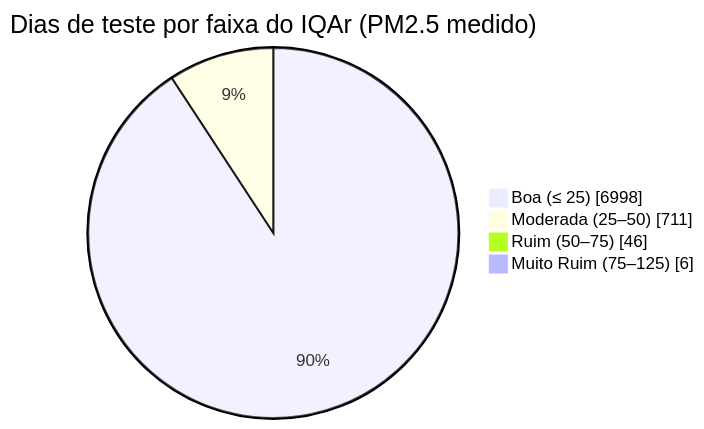
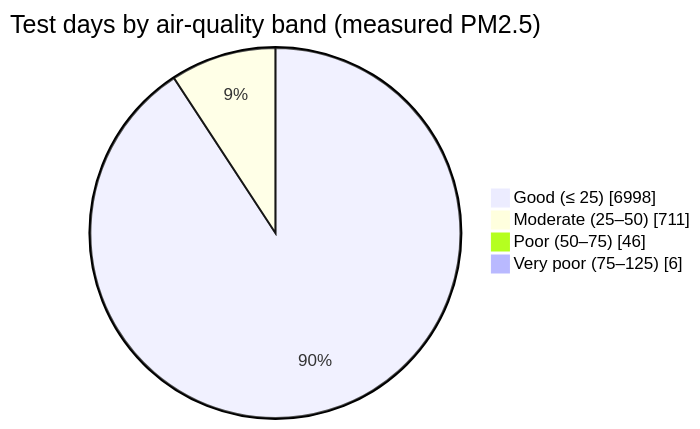
The third of 4 diagrams in README.md (LucasBetioli123/AirIQ-SP), drawn with Mermaid before and after one commit. The commit also changed other lines of this file and 14 other files, not shown here.

````diff
--- a/README.md
+++ b/README.md
@@ -117,8 +121,8 @@
 ```mermaid
 pie showData
-    title Dias de teste por faixa do IQAr (PM2.5 medido)
-    "Boa (≤ 25)" : 6998
-    "Moderada (25–50)" : 711
-    "Ruim (50–75)" : 46
-    "Muito Ruim (75–125)" : 6
+    title Test days by air-quality band (measured PM2.5)
+    "Good (≤ 25)" : 6998
+    "Moderate (25–50)" : 711
+    "Poor (50–75)" : 46
+    "Very poor (75–125)" : 6
 ```
````
